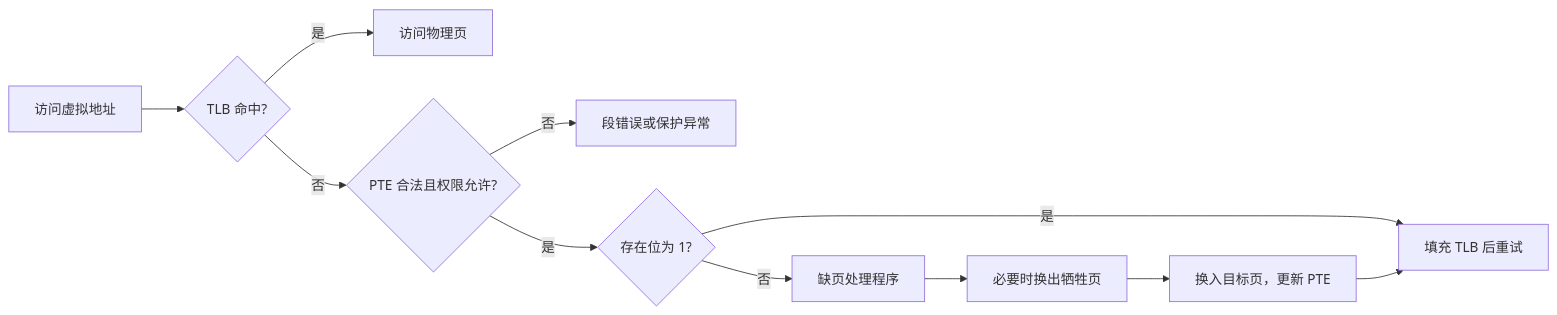
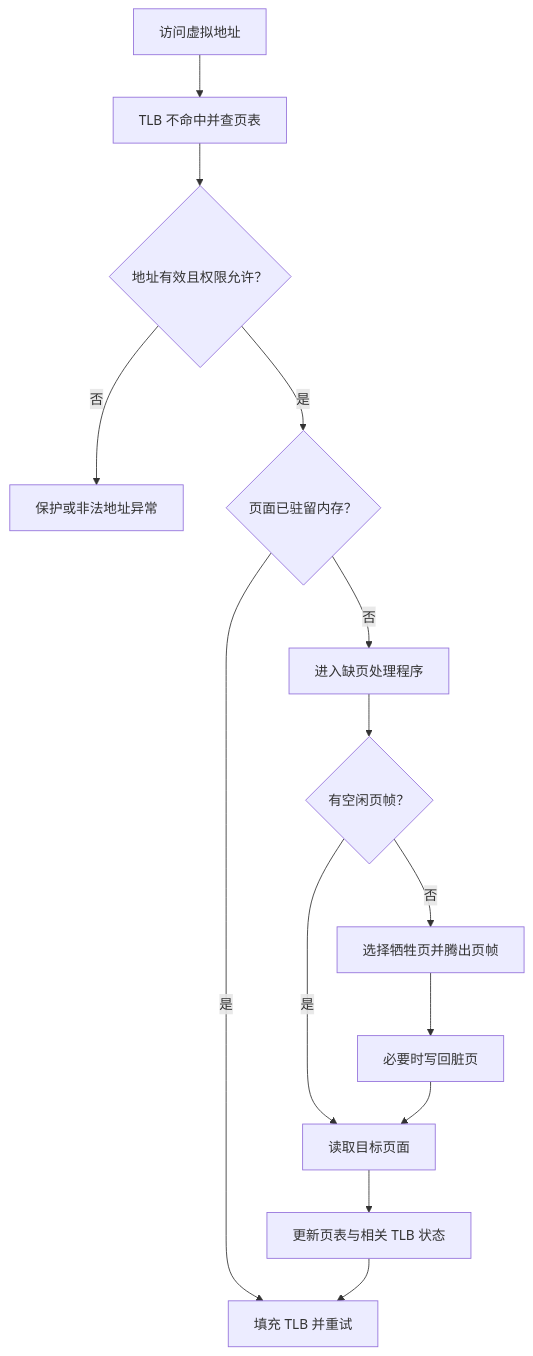
One commit to Meer-Matze/Meer-Matze.github.io changed the second of 2 diagrams in src/content/posts/内存虚拟化.md. Above: the diagram before and after it, drawn with Mermaid. The commit also changed other lines of this file, not shown here.

````diff
--- a/src/content/posts/内存虚拟化.md
+++ b/src/content/posts/内存虚拟化.md
@@ -470,13 +535,16 @@
 ```mermaid
-flowchart LR
-    A[访问虚拟地址] --> B{TLB 命中?}
-    B -- 是 --> C[访问物理页]
-    B -- 否 --> D{PTE 合法且权限允许?}
-    D -- 否 --> E[段错误或保护异常]
-    D -- 是 --> F{存在位为 1?}
-    F -- 是 --> G[填充 TLB 后重试]
-    F -- 否 --> H[缺页处理程序]
-    H --> I[必要时换出牺牲页]
-    I --> J[换入目标页，更新 PTE]
-    J --> G
+flowchart TD
+    A[访问虚拟地址] --> B[TLB 不命中并查页表]
+    B --> C{地址有效且权限允许？}
+    C -->|否| D[保护或非法地址异常]
+    C -->|是| E{页面已驻留内存？}
+    E -->|是| F[填充 TLB 并重试]
+    E -->|否| G[进入缺页处理程序]
+    G --> H{有空闲页帧？}
+    H -->|否| I[选择牺牲页并腾出页帧]
+    I --> J[必要时写回脏页]
+    H -->|是| K[读取目标页面]
+    J --> K
+    K --> L[更新页表与相关 TLB 状态]
+    L --> F
 ```
````
